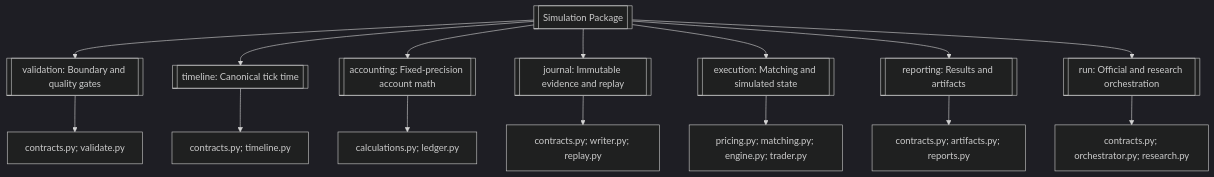
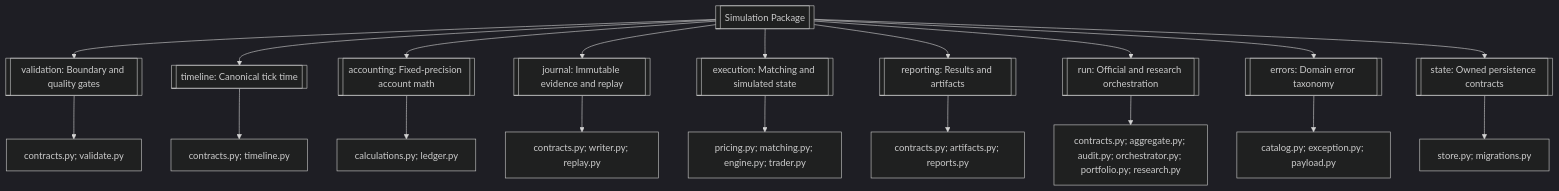
Before and after one commit to haruperi/HaruQuantAI: the first of 9 diagrams in app/services/simulator/README.md, drawn with Mermaid (dark theme). The commit also changed other lines of this file and 53 other files, not shown here.

````diff
--- a/app/services/simulator/README.md
+++ b/app/services/simulator/README.md
@@ -121,20 +120,24 @@
 ```mermaid
 flowchart TD
     SIM[[Simulation Package]]
 
     SIM --> VAL[[validation: Boundary and quality gates]]
     SIM --> TIME[[timeline: Canonical tick time]]
     SIM --> ACC[[accounting: Fixed-precision account math]]
     SIM --> JRN[[journal: Immutable evidence and replay]]
     SIM --> EXE[[execution: Matching and simulated state]]
     SIM --> REP[[reporting: Results and artifacts]]
     SIM --> RUN[[run: Official and research orchestration]]
+    SIM --> ERR[[errors: Domain error taxonomy]]
+    SIM --> STA[[state: Owned persistence contracts]]
 
     VAL --> VALF[contracts.py; validate.py]
     TIME --> TIMEF[contracts.py; timeline.py]
     ACC --> ACCF[calculations.py; ledger.py]
     JRN --> JRNF[contracts.py; writer.py; replay.py]
     EXE --> EXEF[pricing.py; matching.py; engine.py; trader.py]
     REP --> REPF[contracts.py; artifacts.py; reports.py]
-    RUN --> RUNF[contracts.py; orchestrator.py; research.py]
+    RUN --> RUNF[contracts.py; aggregate.py; audit.py; orchestrator.py; portfolio.py; research.py]
+    ERR --> ERRF[catalog.py; exception.py; payload.py]
+    STA --> STAF[store.py; migrations.py]
 ```
````
